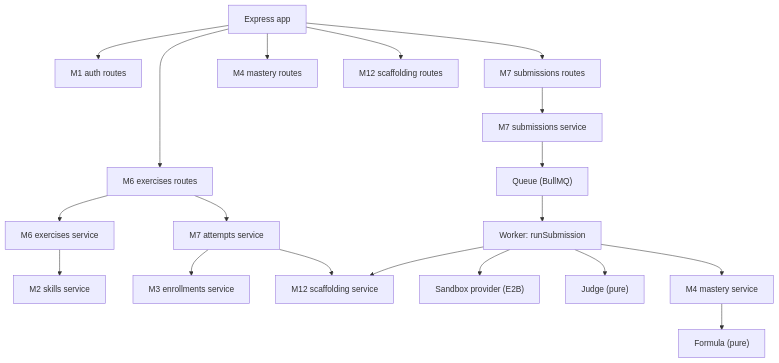
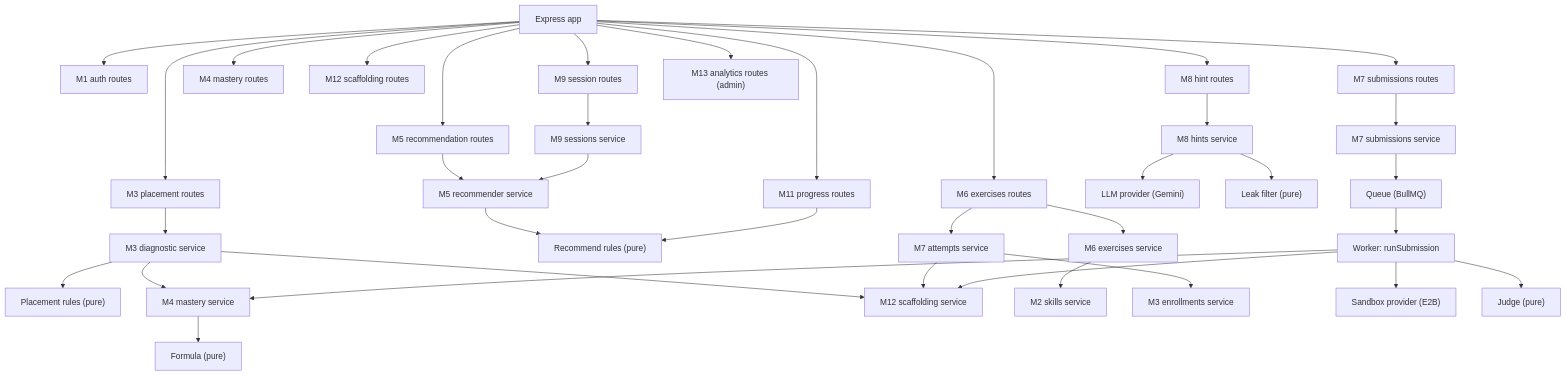
Before and after one commit to Nidanos/ai-tutor-platform: diagram 19 of 19 in DOCS/phase-3/MP3-Draft-Report.md, drawn with Mermaid. The commit also changed other lines of this file and 1 other file, not shown here.

````diff
--- a/DOCS/phase-3/MP3-Draft-Report.md
+++ b/DOCS/phase-3/MP3-Draft-Report.md
@@ -1306,17 +1490,26 @@
 ```mermaid
 flowchart TD
   APP["Express app"] --> AUTH["M1 auth routes"]
   APP --> EXR["M6 exercises routes"]
   APP --> SUB["M7 submissions routes"]
   APP --> MAS["M4 mastery routes"]
   APP --> FAD["M12 scaffolding routes"]
+  APP --> DIA["M3 placement routes"] --> DS["M3 diagnostic service"] --> PL["Placement rules (pure)"]
+  DS --> MS
+  DS --> FS
+  APP --> REC["M5 recommendation routes"] --> RS["M5 recommender service"] --> RR["Recommend rules (pure)"]
+  APP --> SES["M9 session routes"] --> SV["M9 sessions service"] --> RS
+  APP --> PRG["M11 progress routes"] --> RR
+  APP --> HIN["M8 hint routes"] --> HS["M8 hints service"] --> LLM["LLM provider (Gemini)"]
+  HS --> LF["Leak filter (pure)"]
+  APP --> ANA["M13 analytics routes (admin)"]
   EXR --> EXS["M6 exercises service"] --> SK["M2 skills service"]
   EXR --> ATS["M7 attempts service"] --> EN["M3 enrollments service"]
   ATS --> FS["M12 scaffolding service"]
   SUB --> SS["M7 submissions service"] --> Q["Queue (BullMQ)"]
   Q --> W["Worker: runSubmission"]
   W --> SP["Sandbox provider (E2B)"]
   W --> J["Judge (pure)"]
   W --> MS["M4 mastery service"] --> F["Formula (pure)"]
   W --> FS
 ```
````
